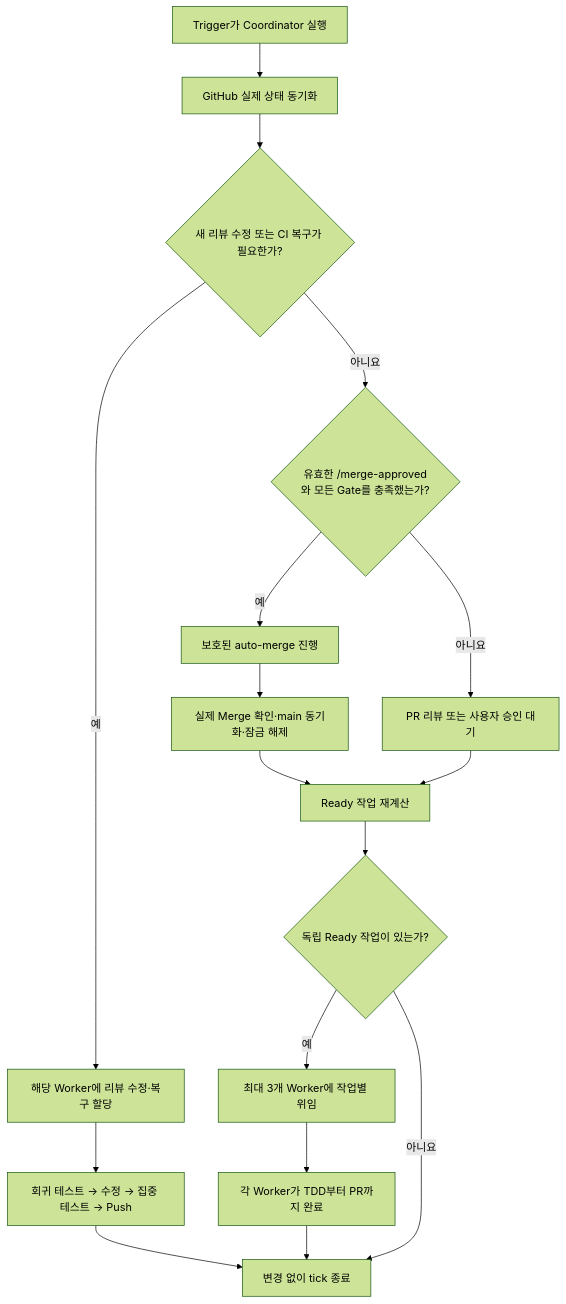
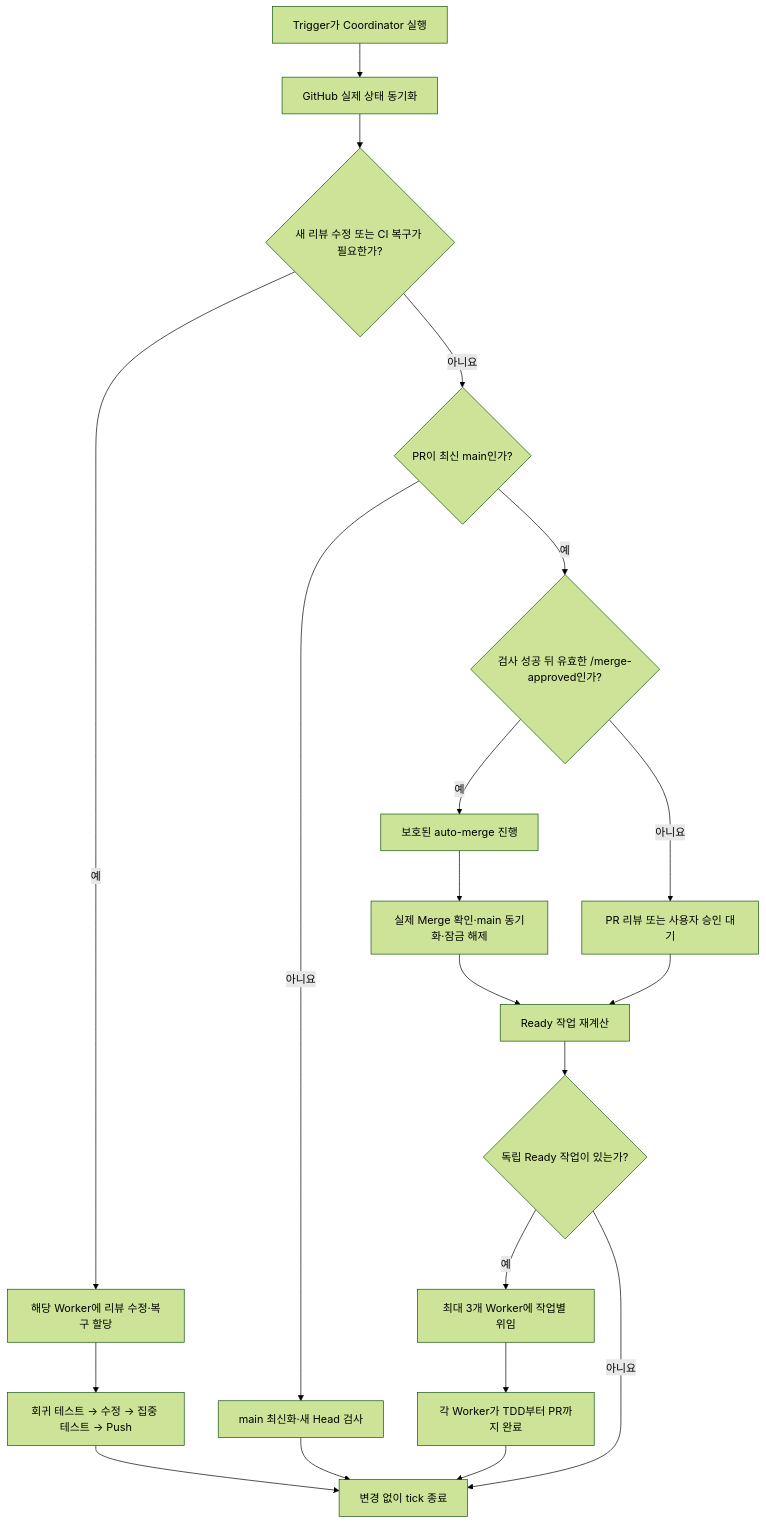
The second of 6 diagrams in docs/workflow/AGENT_WORKFLOW_GUIDE.md (OpenSeedDev/openseed-be), drawn with Mermaid (forest theme) before and after one commit. The commit also changed other lines of this file and 10 other files, not shown here.

Commit message:
fix: main 최신화 후 병합 승인 강제

````diff
--- a/docs/workflow/AGENT_WORKFLOW_GUIDE.md
+++ b/docs/workflow/AGENT_WORKFLOW_GUIDE.md
@@ -106,19 +107,22 @@
 ```mermaid
 flowchart TD
   A["Trigger가 Coordinator 실행"] --> B["GitHub 실제 상태 동기화"]
   B --> C{"새 리뷰 수정 또는 CI 복구가 필요한가?"}
   C -- "예" --> D["해당 Worker에 리뷰 수정·복구 할당"]
   D --> E["회귀 테스트 → 수정 → 집중 테스트 → Push"]
   E --> N["현재 tick 종료·다음 tick에서 CI 회수"]
-  C -- "아니요" --> F{"유효한 /merge-approved와 모든 Gate를 충족했는가?"}
+  C -- "아니요" --> U{"PR이 최신 main인가?"}
+  U -- "아니요" --> V["main 최신화·새 Head 검사"]
+  V --> N
+  U -- "예" --> F{"검사 성공 뒤 유효한 /merge-approved인가?"}
   F -- "예" --> G["보호된 auto-merge 진행"]
   G --> H["실제 Merge 확인·main 동기화·잠금 해제"]
   F -- "아니요" --> I["PR 리뷰 또는 사용자 승인 대기"]
   H --> J["Ready 작업 재계산"]
   I --> J
   J --> K{"독립 Ready 작업이 있는가?"}
   K -- "예" --> L["최대 3개 Worker에 작업별 위임"]
   L --> M["각 Worker가 TDD부터 PR까지 완료"]
   M --> N
   K -- "아니요" --> N["변경 없이 tick 종료"]
 ```
````
